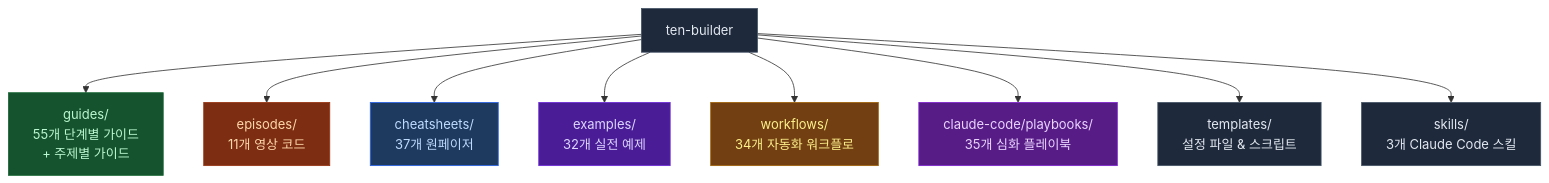
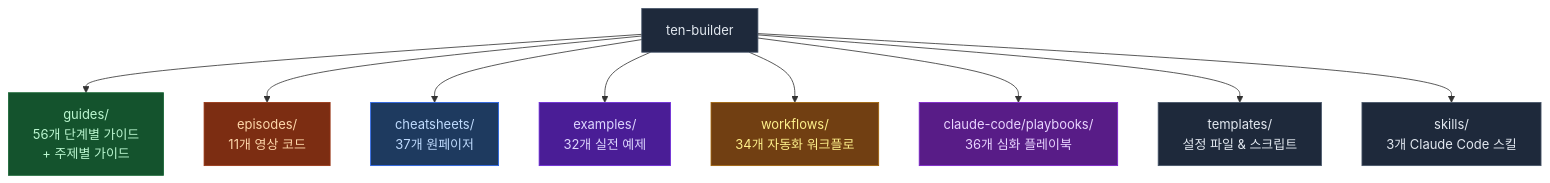
Before and after one commit to ten-builder/ten-builder: the first of 2 diagrams in README.md, drawn with Mermaid. The commit also changed other lines of this file, not shown here.

Commit message:
docs: sync README -- add playbook 42, update counts

````diff
--- a/README.md
+++ b/README.md
@@ -23,21 +23,21 @@
 ```mermaid
 flowchart TD
-    R["ten-builder"] --> G["guides/\n55개 단계별 가이드\n+ 주제별 가이드"]
+    R["ten-builder"] --> G["guides/\n56개 단계별 가이드\n+ 주제별 가이드"]
     R --> E["episodes/\n11개 영상 코드"]
     R --> C["cheatsheets/\n37개 원페이저"]
     R --> EX["examples/\n32개 실전 예제"]
     R --> W["workflows/\n34개 자동화 워크플로"]
-    R --> P["claude-code/playbooks/\n35개 심화 플레이북"]
+    R --> P["claude-code/playbooks/\n36개 심화 플레이북"]
     R --> T["templates/\n설정 파일 & 스크립트"]
     R --> S["skills/\n3개 Claude Code 스킬"]
 
     style R fill:#1e293b,stroke:#475569,color:#e2e8f0
     style G fill:#14532d,stroke:#166534,color:#bbf7d0
     style E fill:#7c2d12,stroke:#9a3412,color:#fed7aa
     style C fill:#1e3a5f,stroke:#2563eb,color:#bfdbfe
     style EX fill:#4a1d96,stroke:#6d28d9,color:#ddd6fe
     style W fill:#713f12,stroke:#a16207,color:#fef08a
     style P fill:#581c87,stroke:#7e22ce,color:#e9d5ff
     style T fill:#1e293b,stroke:#475569,color:#e2e8f0
     style S fill:#1e293b,stroke:#475569,color:#e2e8f0
 ```
````
